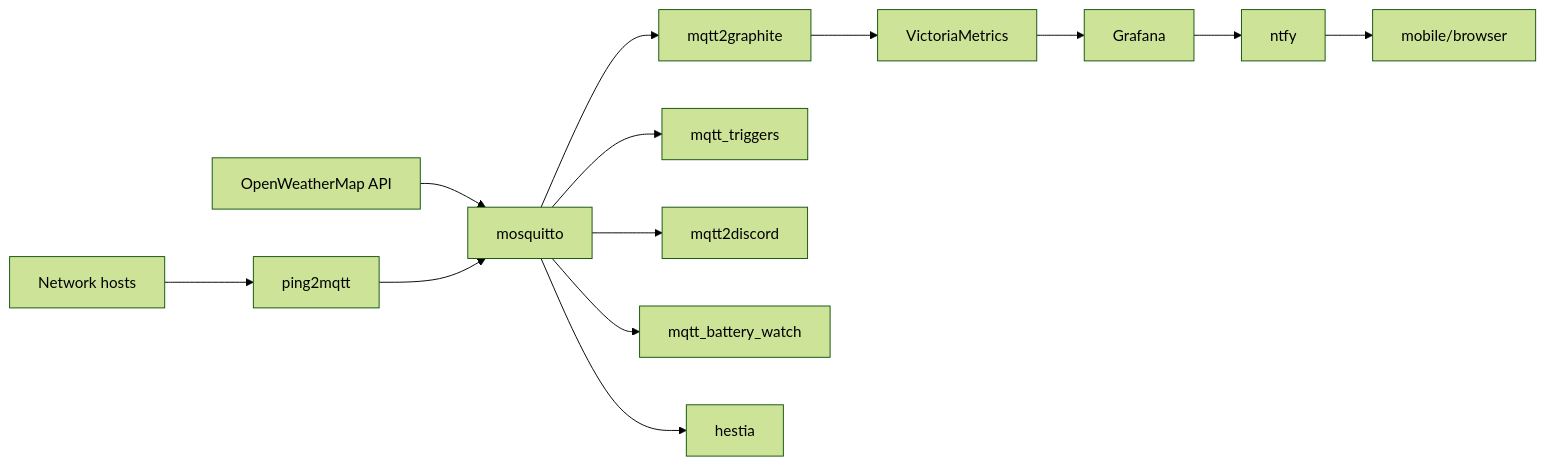
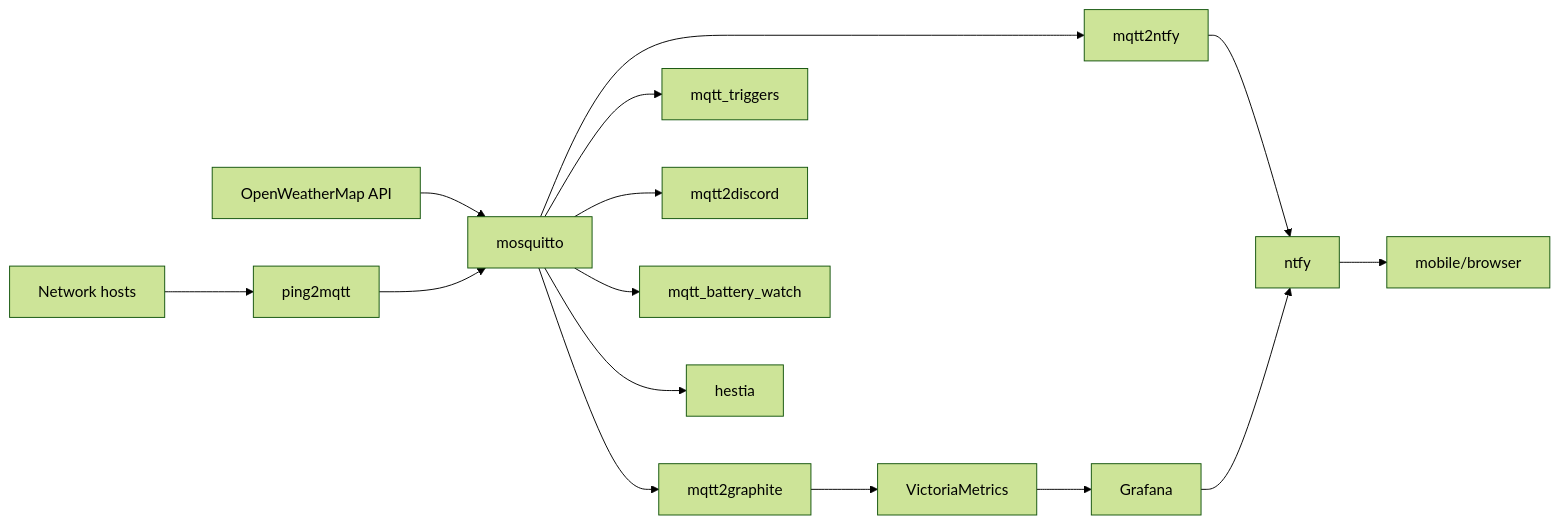
The diagram in README.md (skullydazed/ai-server-redwood), drawn with Mermaid (forest theme) before and after one commit. The commit also changed other lines of this file and 1 other file, not shown here.

First line of the commit message:
Add mqtt2ntfy service: README, diagram, gitignore

````diff
--- a/README.md
+++ b/README.md
@@ -26,12 +26,13 @@
 ```mermaid
 graph LR
     OWM[OpenWeatherMap API] --> mosquitto
     hosts[Network hosts] --> ping2mqtt --> mosquitto
     mosquitto --> mqtt2graphite --> VictoriaMetrics --> Grafana
     mosquitto --> mqtt_triggers
     mosquitto --> mqtt2discord
     mosquitto --> mqtt_battery_watch
     mosquitto --> hestia
+    mosquitto --> mqtt2ntfy --> ntfy
     Grafana --> ntfy
     ntfy --> client[mobile/browser]
 ```
````
